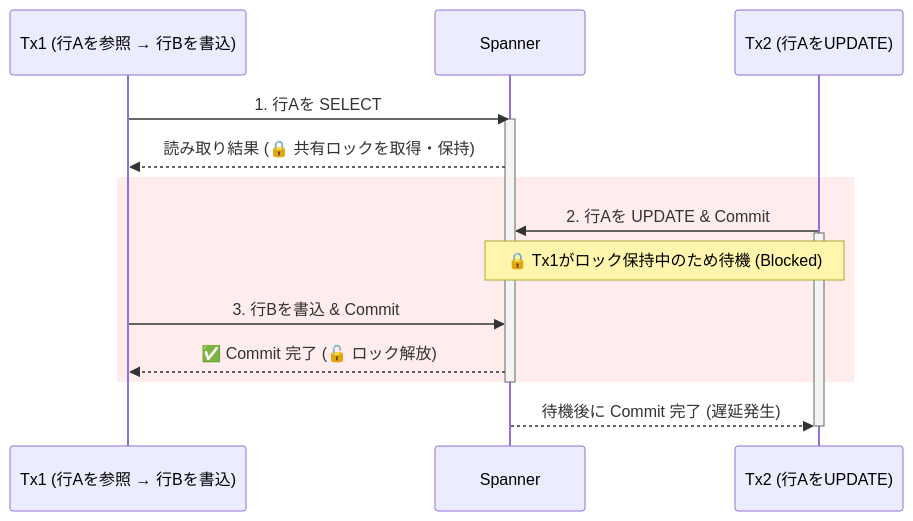
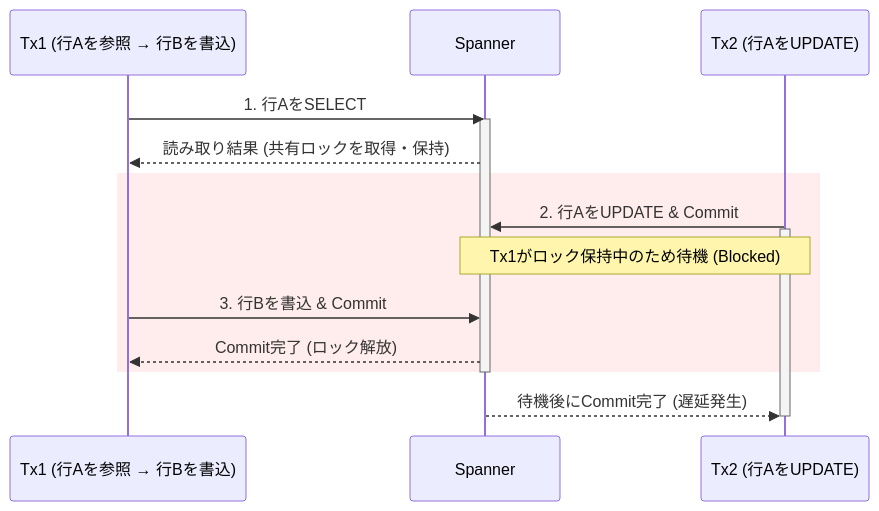
Before and after one commit to michity15169/zenn-content: the first of 4 diagrams in articles/b112447edb6af8.md, drawn with Mermaid. The commit also changed other lines of this file and 3 other files, not shown here.

Commit message:
Apply tech-article-review-loop fixes and regenerate benchmark charts

````diff
--- a/articles/b112447edb6af8.md
+++ b/articles/b112447edb6af8.md
@@ -77,22 +76,22 @@
 ```mermaid
 sequenceDiagram
     participant Tx1 as Tx1 (行Aを参照 → 行Bを書込)
     participant Spanner as Spanner
     participant Tx2 as Tx2 (行AをUPDATE)
 
-    Tx1->>Spanner: 1. 行Aを SELECT
+    Tx1->>Spanner: 1. 行AをSELECT
     activate Spanner
-    Spanner-->>Tx1: 読み取り結果 (🔒 共有ロックを取得・保持)
+    Spanner-->>Tx1: 読み取り結果 (共有ロックを取得・保持)
 
     rect rgb(255, 236, 236)
-        Tx2->>Spanner: 2. 行Aを UPDATE & Commit
+        Tx2->>Spanner: 2. 行AをUPDATE & Commit
         activate Tx2
-        Note over Spanner,Tx2: 🔒 Tx1がロック保持中のため待機 (Blocked)
+        Note over Spanner,Tx2: Tx1がロック保持中のため待機 (Blocked)
         Tx1->>Spanner: 3. 行Bを書込 & Commit
-        Spanner-->>Tx1: ✅ Commit 完了 (🔓 ロック解放)
+        Spanner-->>Tx1: Commit完了 (ロック解放)
     end
     deactivate Spanner
 
-    Spanner-->>Tx2: 待機後に Commit 完了 (遅延発生)
+    Spanner-->>Tx2: 待機後にCommit完了 (遅延発生)
     deactivate Tx2
 ```
````
